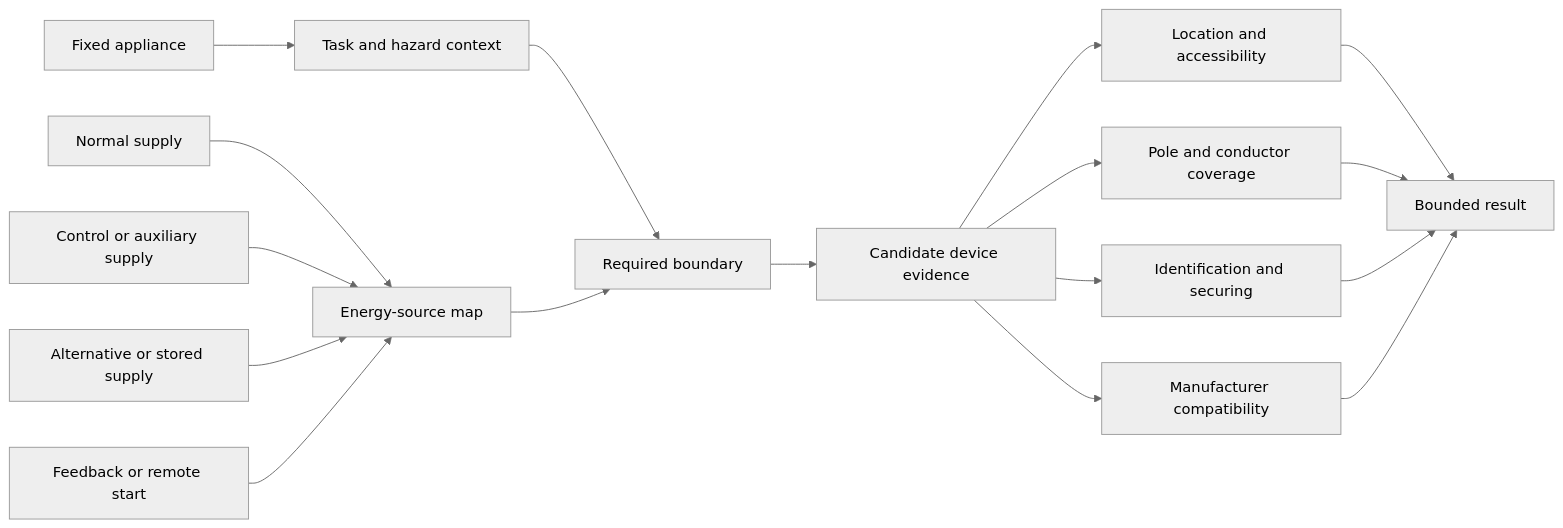
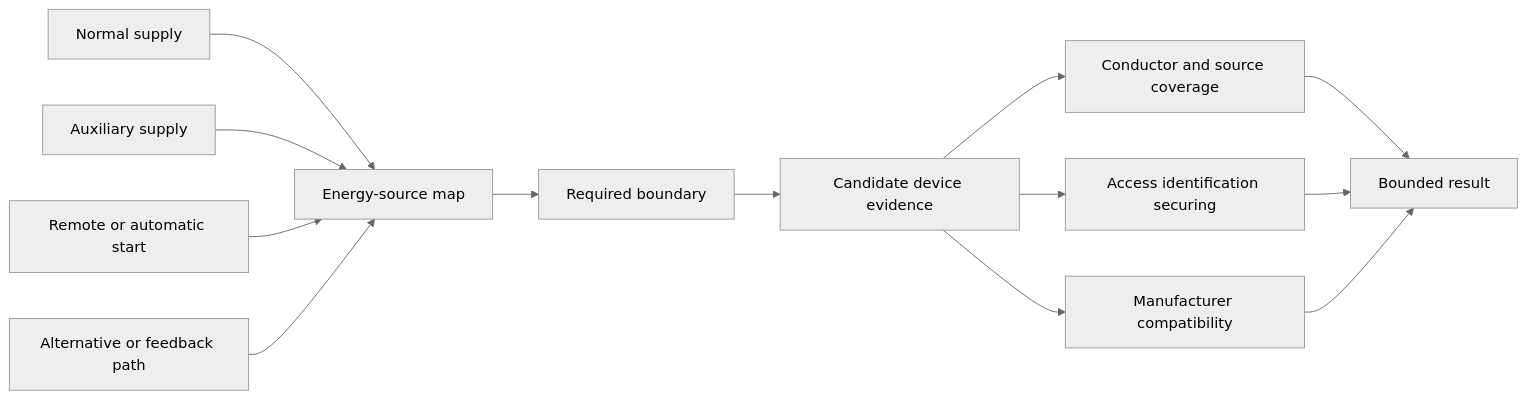
Before and after one commit to andrew3stedall/capstone: the second of 2 diagrams in docs/learning-plans/4-week/modules/day-20a-fixed-appliances-and-local-isolation.md, drawn with Mermaid (neutral theme). The commit also changed other lines of this file, not shown here.

````diff
--- a/docs/learning-plans/4-week/modules/day-20a-fixed-appliances-and-local-isolation.md
+++ b/docs/learning-plans/4-week/modules/day-20a-fixed-appliances-and-local-isolation.md
@@ -168,19 +153,15 @@
 ```mermaid
 flowchart LR
-    A["Fixed appliance"] --> T["Task and hazard context"]
-    S1["Normal supply"] --> E["Energy-source map"]
-    S2["Control or auxiliary supply"] --> E
-    S3["Alternative or stored supply"] --> E
-    S4["Feedback or remote start"] --> E
-    T --> B["Required boundary"]
-    E --> B
-    B --> D["Candidate device evidence"]
-    D --> L["Location and accessibility"]
-    D --> P["Pole and conductor coverage"]
-    D --> I["Identification and securing"]
-    D --> M["Manufacturer compatibility"]
-    L --> R["Bounded result"]
-    P --> R
-    I --> R
+    S1[Normal supply] --> E[Energy-source map]
+    S2[Auxiliary supply] --> E
+    S3[Remote or automatic start] --> E
+    S4[Alternative or feedback path] --> E
+    E --> B[Required boundary]
+    B --> D[Candidate device evidence]
+    D --> C[Conductor and source coverage]
+    D --> A[Access identification securing]
+    D --> M[Manufacturer compatibility]
+    C --> R[Bounded result]
+    A --> R
     M --> R
 ```
````
